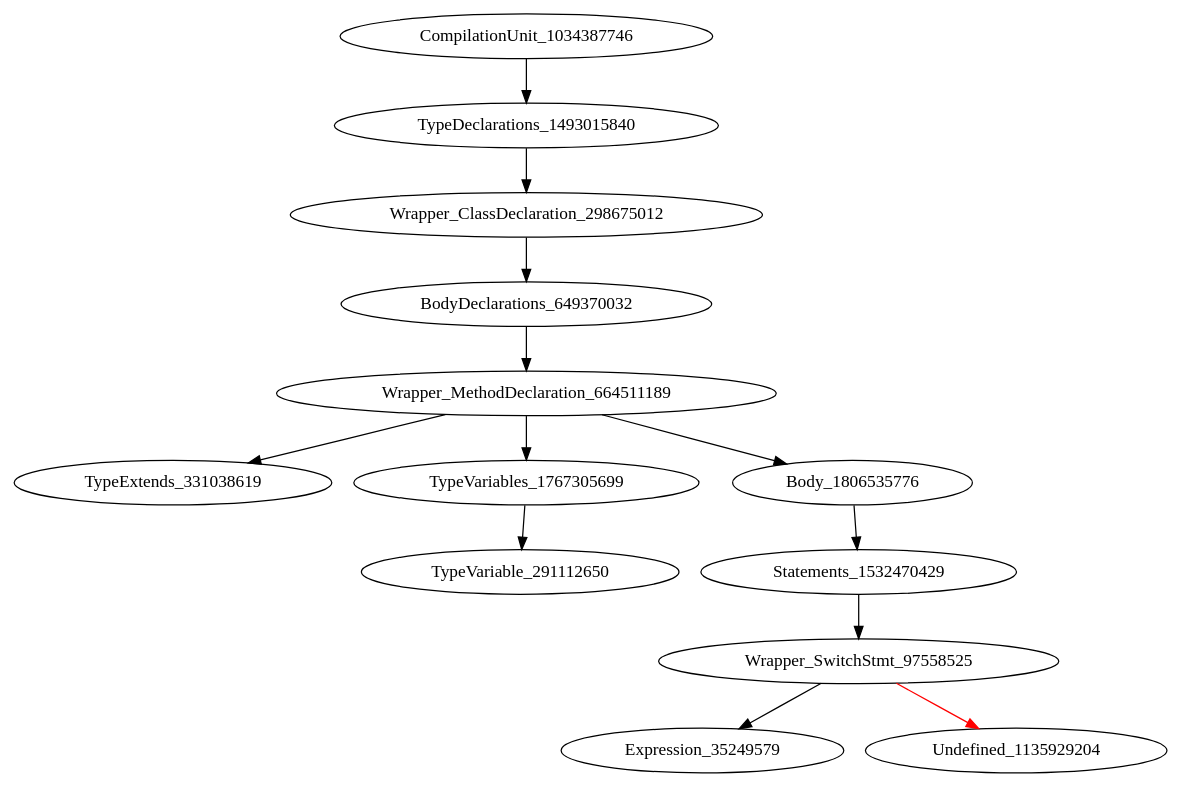
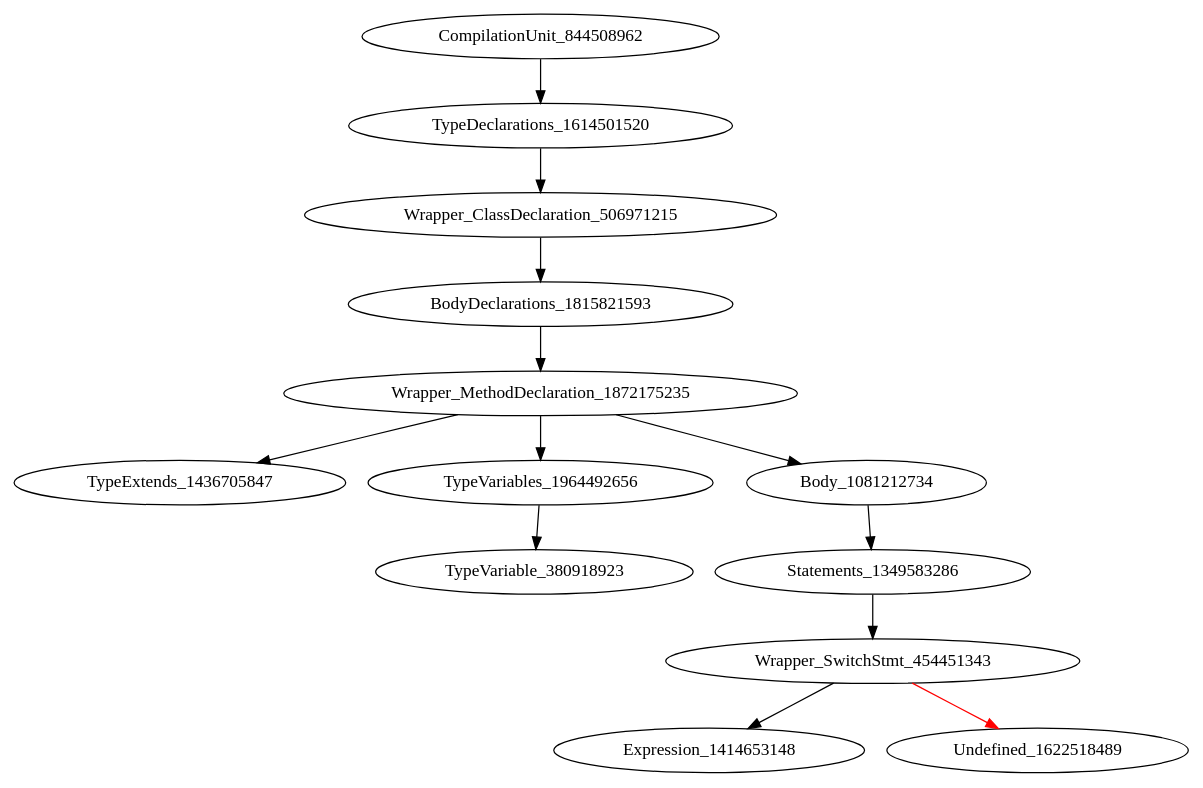
Before and after one commit to icse2023material/VoiceJava: the diagram in holeAST.dot, drawn with Graphviz. The commit also changed 13 other files, not shown here.

```diff
--- a/holeAST.dot
+++ b/holeAST.dot
@@ -1,14 +1,14 @@
 digraph {
-CompilationUnit_1034387746 -> TypeDeclarations_1493015840
-TypeDeclarations_1493015840 -> Wrapper_ClassDeclaration_298675012
-Wrapper_ClassDeclaration_298675012 -> BodyDeclarations_649370032
-BodyDeclarations_649370032 -> Wrapper_MethodDeclaration_664511189
-Wrapper_MethodDeclaration_664511189 -> TypeExtends_331038619
-Wrapper_MethodDeclaration_664511189 -> TypeVariables_1767305699
-Wrapper_MethodDeclaration_664511189 -> Body_1806535776
-TypeVariables_1767305699 -> TypeVariable_291112650
-Body_1806535776 -> Statements_1532470429
-Statements_1532470429 -> Wrapper_SwitchStmt_97558525
-Wrapper_SwitchStmt_97558525 -> Expression_35249579
-Wrapper_SwitchStmt_97558525 -> Undefined_1135929204 [color = red] 
+CompilationUnit_844508962 -> TypeDeclarations_1614501520
+TypeDeclarations_1614501520 -> Wrapper_ClassDeclaration_506971215
+Wrapper_ClassDeclaration_506971215 -> BodyDeclarations_1815821593
+BodyDeclarations_1815821593 -> Wrapper_MethodDeclaration_1872175235
+Wrapper_MethodDeclaration_1872175235 -> TypeExtends_1436705847
+Wrapper_MethodDeclaration_1872175235 -> TypeVariables_1964492656
+Wrapper_MethodDeclaration_1872175235 -> Body_1081212734
+TypeVariables_1964492656 -> TypeVariable_380918923
+Body_1081212734 -> Statements_1349583286
+Statements_1349583286 -> Wrapper_SwitchStmt_454451343
+Wrapper_SwitchStmt_454451343 -> Expression_1414653148
+Wrapper_SwitchStmt_454451343 -> Undefined_1622518489 [color = red] 
 }
```
